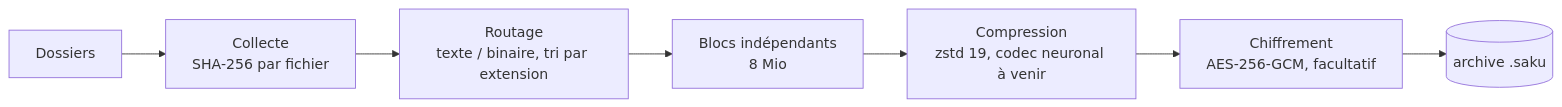
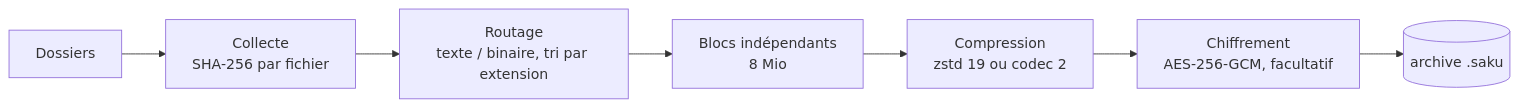
The diagram in README.md (Dimitri-Rey/SAKU), drawn with Mermaid before and after one commit. The commit also changed other lines of this file and 19 other files, not shown here.

````diff
--- a/README.md
+++ b/README.md
@@ -99,9 +102,9 @@
 ```mermaid
 flowchart LR
     A[Dossiers] --> B[Collecte<br/>SHA-256 par fichier]
     B --> C[Routage<br/>texte / binaire, tri par extension]
     C --> D[Blocs indépendants<br/>8 Mio]
-    D --> E[Compression<br/>zstd 19, codec neuronal à venir]
+    D --> E[Compression<br/>zstd 19 ou codec 2]
     E --> F[Chiffrement<br/>AES-256-GCM, facultatif]
     F --> G[(archive .saku)]
 ```
````
